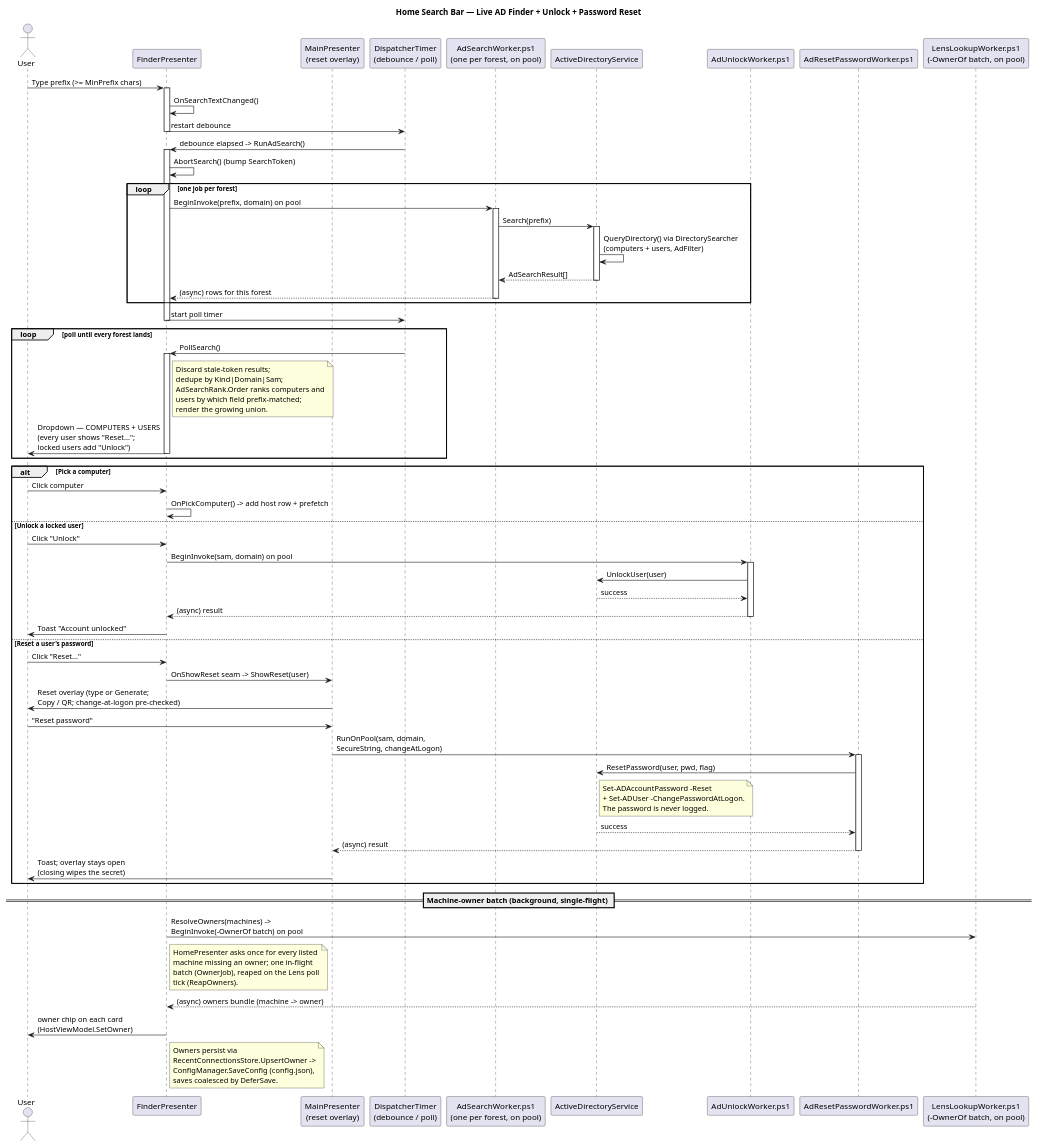
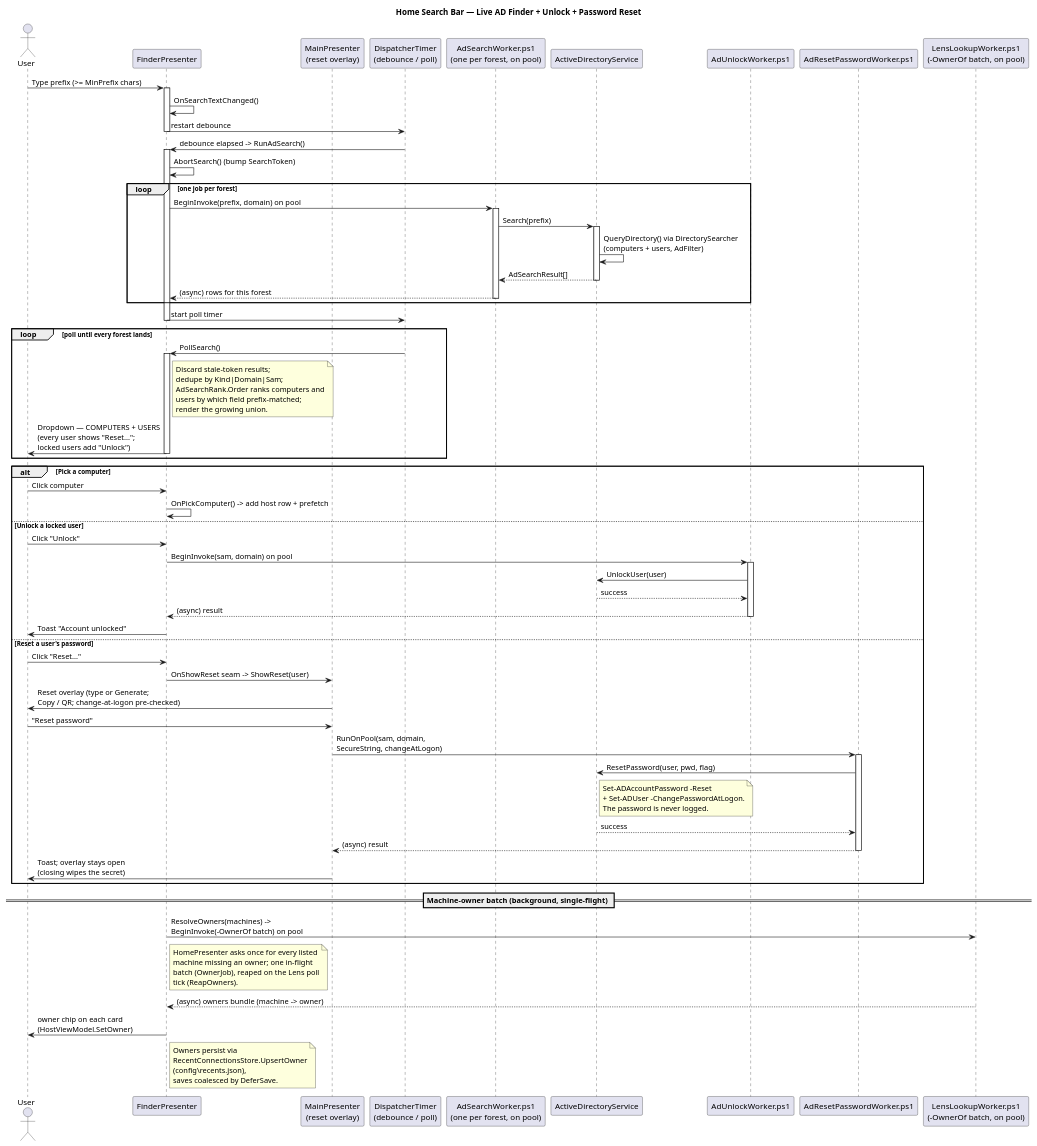
The diagram in docs/diagrams/ad_finder_sequence_diagram.puml (Danial-Changez/DONUT), drawn with PlantUML before and after one commit. The commit also changed 8 other files, not shown here.

First line of the commit message:
docs: the file map matches the code - recents.json, no phantom keys

```diff
--- a/docs/diagrams/ad_finder_sequence_diagram.puml
+++ b/docs/diagrams/ad_finder_sequence_diagram.puml
@@ -1,78 +1,78 @@
 @startuml ad_finder_sequence_diagram
 title Home Search Bar — Live AD Finder + Unlock + Password Reset
 
 actor User
 participant "FinderPresenter" as Presenter
 participant "MainPresenter\n(reset overlay)" as Shell
 participant "DispatcherTimer\n(debounce / poll)" as Timer
 participant "AdSearchWorker.ps1\n(one per forest, on pool)" as Worker
 participant "ActiveDirectoryService" as AD
 participant "AdUnlockWorker.ps1" as Unlock
 participant "AdResetPasswordWorker.ps1" as Reset
 participant "LensLookupWorker.ps1\n(-OwnerOf batch, on pool)" as OwnerWorker
 
 User -> Presenter: Type prefix (>= MinPrefix chars)
 activate Presenter
 Presenter -> Presenter: OnSearchTextChanged()
 Presenter -> Timer: restart debounce
 deactivate Presenter
 
 Timer -> Presenter: debounce elapsed -> RunAdSearch()
 activate Presenter
 Presenter -> Presenter: AbortSearch() (bump SearchToken)
 loop one job per forest
     Presenter -> Worker: BeginInvoke(prefix, domain) on pool
     activate Worker
     Worker -> AD: Search(prefix)
     activate AD
     AD -> AD: QueryDirectory() via DirectorySearcher\n(computers + users, AdFilter)
     AD --> Worker: AdSearchResult[]
     deactivate AD
     Worker --> Presenter: (async) rows for this forest
     deactivate Worker
 end
 Presenter -> Timer: start poll timer
 deactivate Presenter
 
 loop poll until every forest lands
     Timer -> Presenter: PollSearch()
     activate Presenter
     note right of Presenter: Discard stale-token results;\ndedupe by Kind|Domain|Sam;\nAdSearchRank.Order ranks computers and\nusers by which field prefix-matched;\nrender the growing union.
     Presenter -> User: Dropdown — COMPUTERS + USERS\n(every user shows "Reset...";\nlocked users add "Unlock")
     deactivate Presenter
 end
 
 alt Pick a computer
     User -> Presenter: Click computer
     Presenter -> Presenter: OnPickComputer() -> add host row + prefetch
 else Unlock a locked user
     User -> Presenter: Click "Unlock"
     Presenter -> Unlock: BeginInvoke(sam, domain) on pool
     activate Unlock
     Unlock -> AD: UnlockUser(user)
     AD --> Unlock: success
     Unlock --> Presenter: (async) result
     deactivate Unlock
     Presenter -> User: Toast "Account unlocked"
 else Reset a user's password
     User -> Presenter: Click "Reset..."
     Presenter -> Shell: OnShowReset seam -> ShowReset(user)
     Shell -> User: Reset overlay (type or Generate;\nCopy / QR; change-at-logon pre-checked)
     User -> Shell: "Reset password"
     Shell -> Reset: RunOnPool(sam, domain,\nSecureString, changeAtLogon)
     activate Reset
     Reset -> AD: ResetPassword(user, pwd, flag)
     note right of AD: Set-ADAccountPassword -Reset\n+ Set-ADUser -ChangePasswordAtLogon.\nThe password is never logged.
     AD --> Reset: success
     Reset --> Shell: (async) result
     deactivate Reset
     Shell -> User: Toast; overlay stays open\n(closing wipes the secret)
 end
 
 == Machine-owner batch (background, single-flight) ==
 Presenter -> OwnerWorker: ResolveOwners(machines) ->\nBeginInvoke(-OwnerOf batch) on pool
 note right of Presenter: HomePresenter asks once for every listed\nmachine missing an owner; one in-flight\nbatch (OwnerJob), reaped on the Lens poll\ntick (ReapOwners).
 OwnerWorker --> Presenter: (async) owners bundle (machine -> owner)
 Presenter -> User: owner chip on each card\n(HostViewModel.SetOwner)
-note right of Presenter: Owners persist via\nRecentConnectionsStore.UpsertOwner ->\nConfigManager.SaveConfig (config.json),\nsaves coalesced by DeferSave.
+note right of Presenter: Owners persist via\nRecentConnectionsStore.UpsertOwner\n(config\\recents.json),\nsaves coalesced by DeferSave.
 @enduml
```
